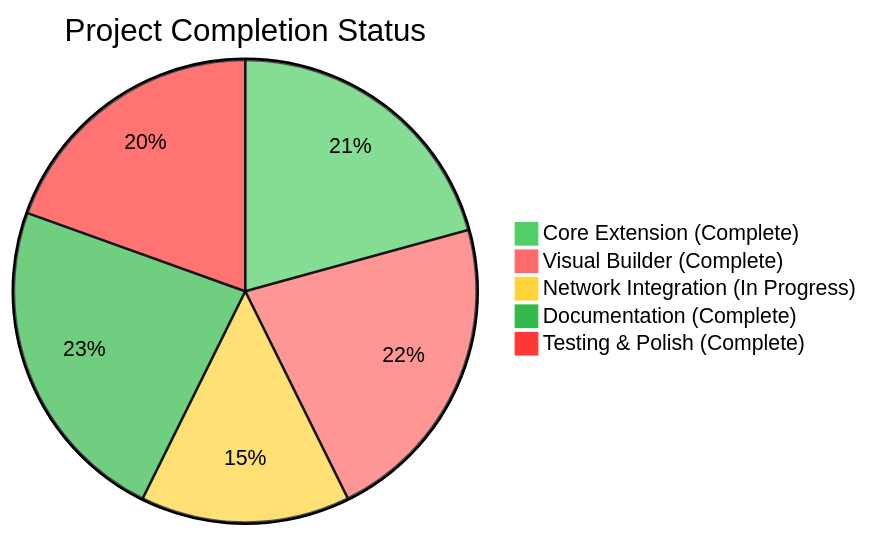
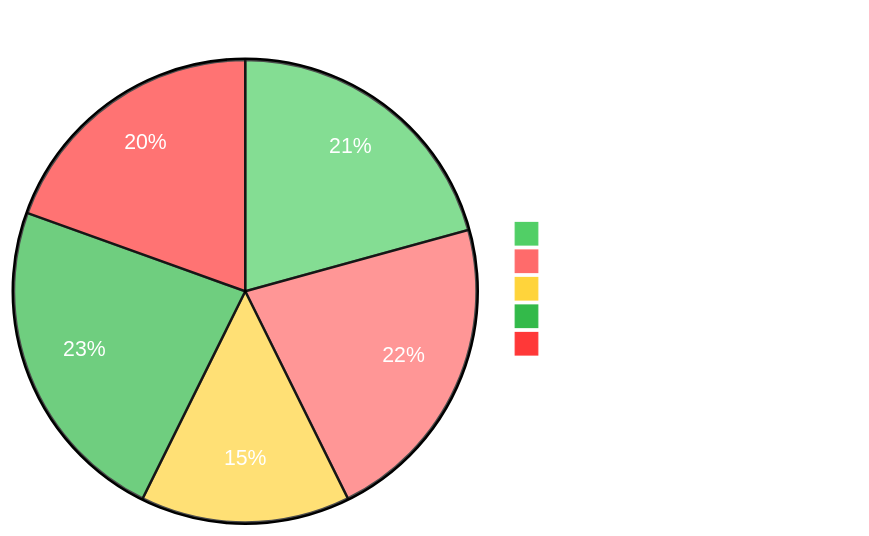
The third of 3 diagrams in README.md (tari-project/tari-vscode-nocode-extension), drawn with Mermaid before and after one commit. The commit also changed other lines of this file and 7 other files, not shown here.

````diff
--- a/README.md
+++ b/README.md
@@ -182,9 +181,9 @@
 ```mermaid
-%%{init: {'theme':'base', 'themeVariables': { 'primaryColor': '#51cf66', 'primaryTextColor': '#000', 'primaryBorderColor': '#37b24d', 'lineColor': '#868e96', 'secondaryColor': '#ff6b6b', 'tertiaryColor': '#ffd43b'}}}%%
+%%{init: {'theme':'base', 'themeVariables': { 'primaryColor': '#51cf66', 'primaryTextColor': '#fff', 'primaryBorderColor': '#37b24d', 'lineColor': '#868e96', 'secondaryColor': '#ff6b6b', 'tertiaryColor': '#ffd43b'}}}%%
 pie title Project Completion Status
     "Core Extension (Complete)" : 85
     "Visual Builder (Complete)" : 90
     "Network Integration (In Progress)" : 60
     "Documentation (Complete)" : 95
     "Testing & Polish (Complete)" : 80
 ```
````
